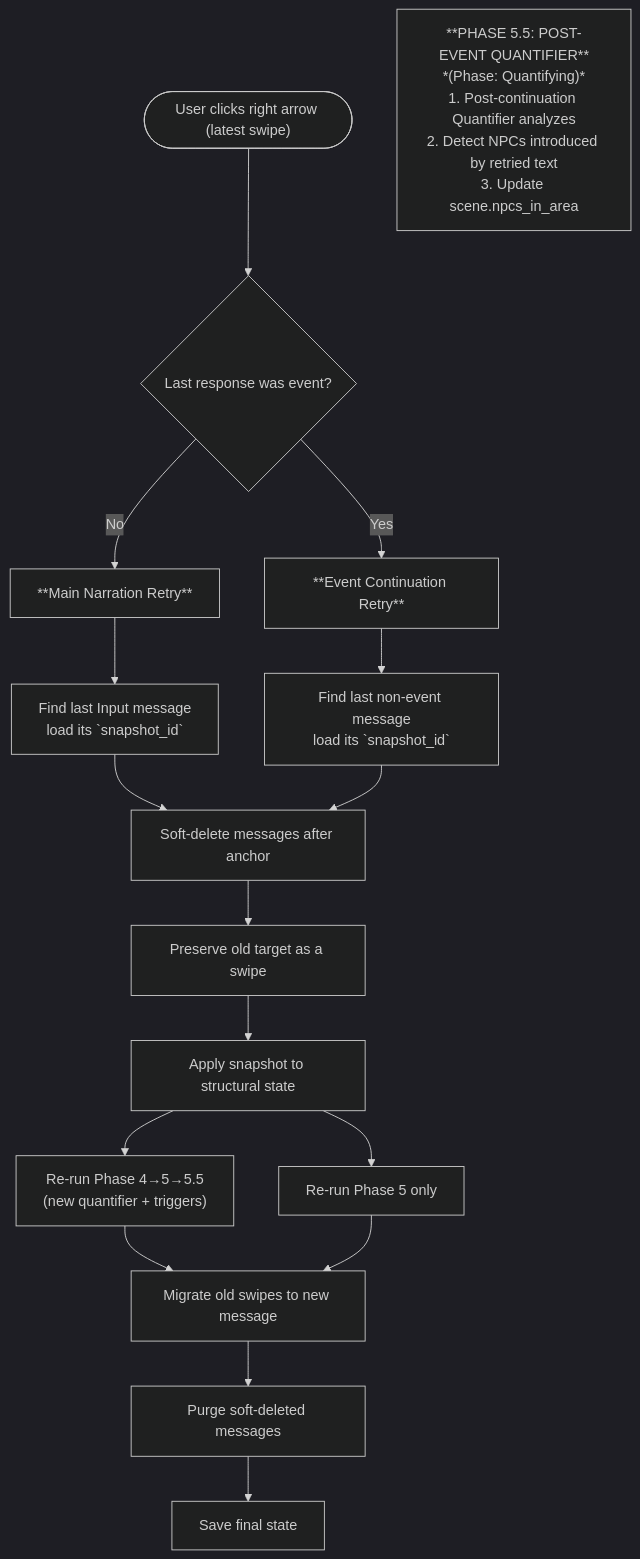
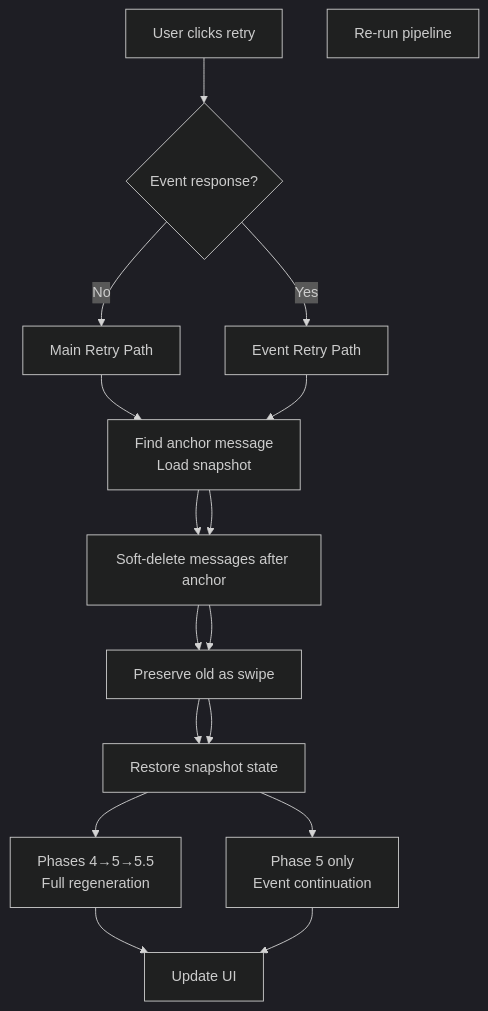
The third of 3 diagrams in chronicler_engine/docs/system/game_flow.md (notsonormal/chronicler-engine), drawn with Mermaid (dark theme) before and after one commit. The commit also changed other lines of this file and 34 other files, not shown here.

````diff
--- a/chronicler_engine/docs/system/game_flow.md
+++ b/chronicler_engine/docs/system/game_flow.md
@@ -142,34 +120,21 @@
 ```mermaid
 flowchart TD
-    Start(["User clicks right arrow (latest swipe)"])
-    Check{Last response was event?}
-    Main["**Main Narration Retry**"]
-    Event["**Event Continuation Retry**"]
-    FindMain["Find last Input message<br>load its `snapshot_id`"]
-    FindEvent["Find last non-event message<br>load its `snapshot_id`"]
-    SoftDelete["Soft-delete messages after anchor"]
-    Preserve["Preserve old target as a swipe"]
-    Apply["Apply snapshot to structural state"]
-    ReGenMain["Re-run Phase 4→5→5.5<br>(new quantifier + triggers)"]
-    ReGenEvent["Re-run Phase 5 only"]
-    Phase55["**PHASE 5.5: POST-EVENT QUANTIFIER**<br>*(Phase: Quantifying)*<br>1. Post-continuation Quantifier analyzes<br>2. Detect NPCs introduced by retried text<br>3. Update scene.npcs_in_area"]
-    Migrate["Migrate old swipes to new message"]
-    Purge["Purge soft-deleted messages"]
-    Save["Save final state"]
-
+    Start["User clicks retry"]
+    Check{"Event response?"}
+    Main["Main Retry Path"]
+    Event["Event Retry Path"]
+    FindAnchor["Find anchor message<br>Load snapshot"]
+    SoftDel["Soft-delete messages after anchor"]
+    Preserve["Preserve old as swipe"]
+    Restore["Restore snapshot state"]
+    ReRun["Re-run pipeline"]
+    ReRunMain["Phases 4→5→5.5<br>Full regeneration"]
+    ReRunEvent["Phase 5 only<br>Event continuation"]
+    Update["Update UI"]
+    
     Start --> Check
     Check -->|No| Main
     Check -->|Yes| Event
-    Main --> FindMain
-    Event --> FindEvent
-    FindMain --> SoftDelete
-    FindEvent --> SoftDelete
-    SoftDelete --> Preserve
-    Preserve --> Apply
-    Apply --> ReGenMain
-    Apply --> ReGenEvent
-    ReGenMain --> Migrate
-    ReGenEvent --> Migrate
-    Migrate --> Purge
-    Purge --> Save
+    Main --> FindAnchor --> SoftDel --> Preserve --> Restore --> ReRunMain --> Update
+    Event --> FindAnchor --> SoftDel --> Preserve --> Restore --> ReRunEvent --> Update
 ```
````
